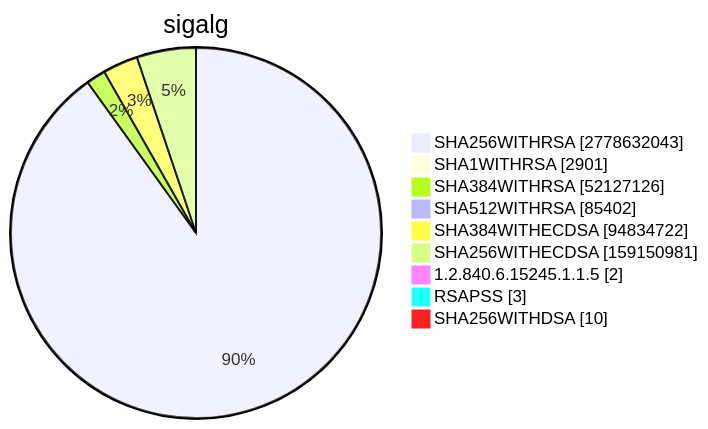
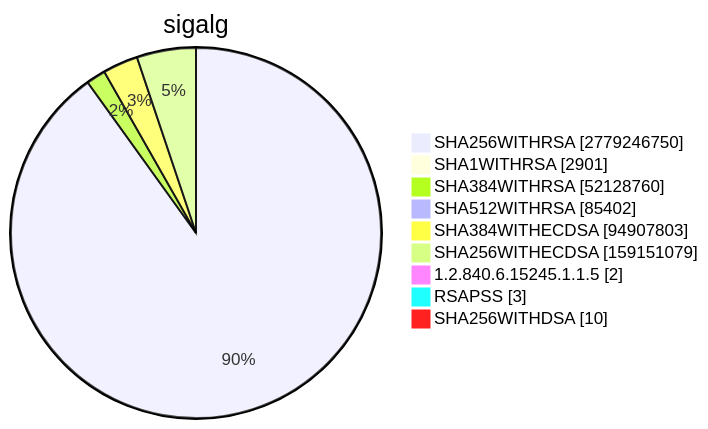
Diagram 15 of 15 in TOTAL/README.md (christiankrug/ctmonitor_visualization), drawn with Mermaid before and after one commit. The commit also changed other lines of this file, not shown here.

````diff
--- a/TOTAL/README.md
+++ b/TOTAL/README.md
@@ -6205,13 +6205,13 @@
 ```mermaid
 pie showData
 title sigalg
-"SHA256WITHRSA" :2778632043
+"SHA256WITHRSA" :2779246750
 "SHA1WITHRSA" :2901
-"SHA384WITHRSA" :52127126
+"SHA384WITHRSA" :52128760
 "SHA512WITHRSA" :85402
-"SHA384WITHECDSA" :94834722
-"SHA256WITHECDSA" :159150981
+"SHA384WITHECDSA" :94907803
+"SHA256WITHECDSA" :159151079
 "1.2.840.6.15245.1.1.5" :2
 "RSAPSS" :3
 "SHA256WITHDSA" :10
 ```
````
